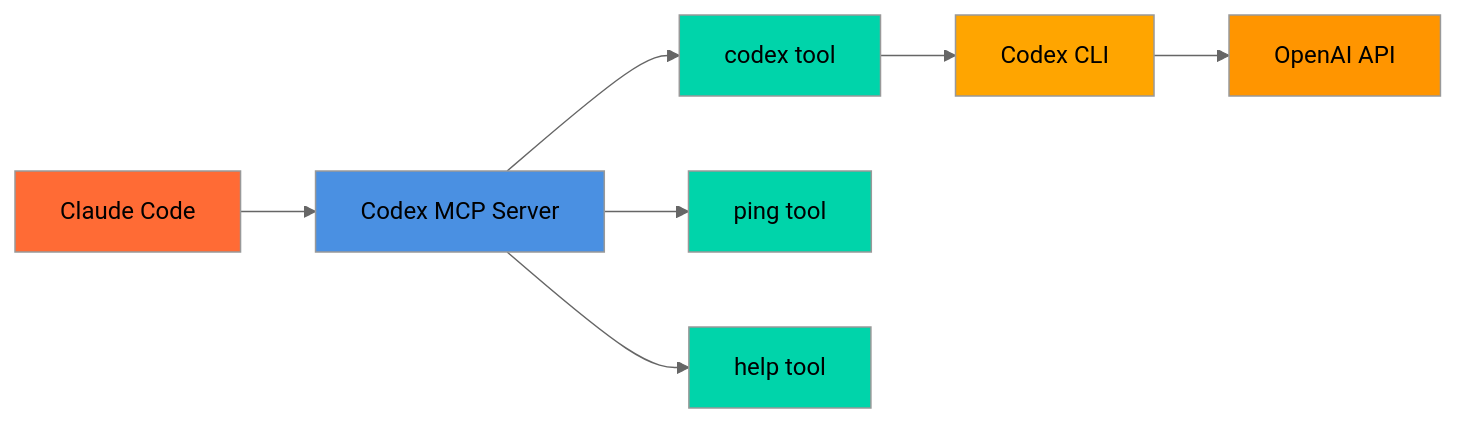
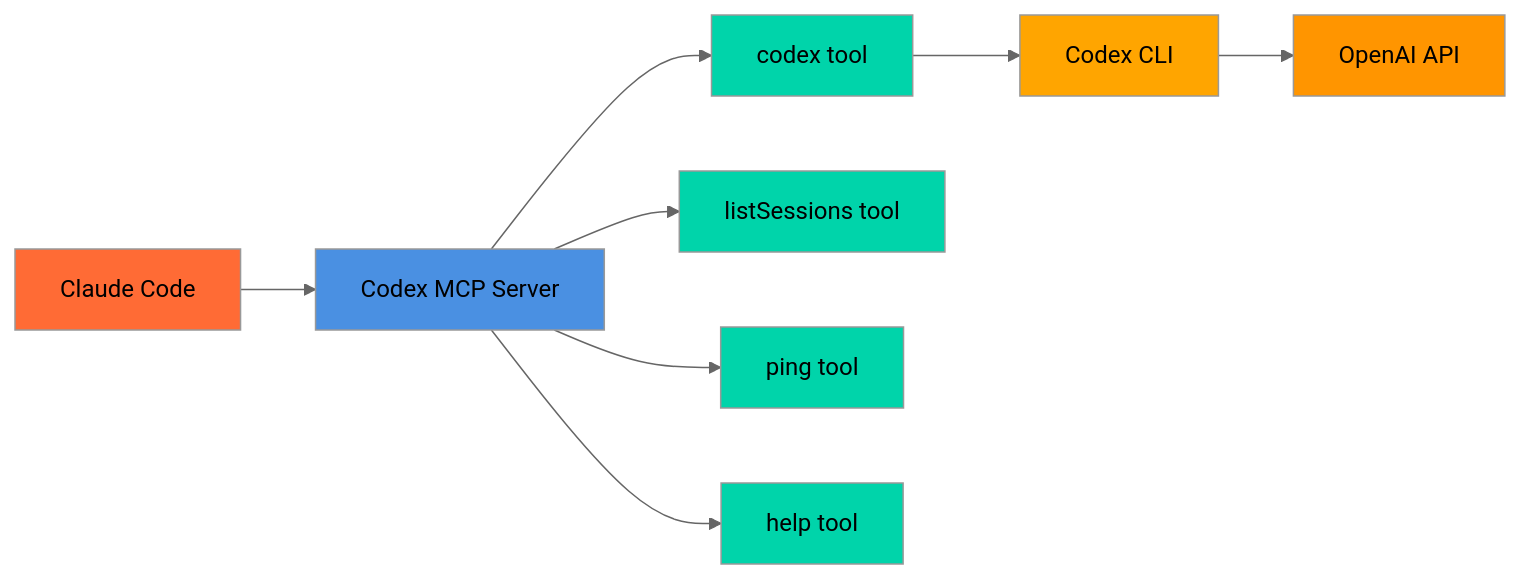
The diagram in README.md (tuannvm/codex-mcp-server), drawn with Mermaid (neutral theme) before and after one commit. The commit also changed other lines of this file and 4 other files, not shown here.

````diff
--- a/README.md
+++ b/README.md
@@ -5,19 +5,22 @@
 ```mermaid
 graph LR
     A[Claude Code] --> B[Codex MCP Server]
 
     B --> C[codex tool]
+    B --> H[listSessions tool]
     B --> D[ping tool]
     B --> E[help tool]
 
     C --> F[Codex CLI]
     F --> G[OpenAI API]
 
     style A fill:#FF6B35
     style B fill:#4A90E2
     style C fill:#00D4AA
     style D fill:#00D4AA
     style E fill:#00D4AA
     style F fill:#FFA500
     style G fill:#FF9500
+    style H fill:#00D4AA
+
 ```
````
